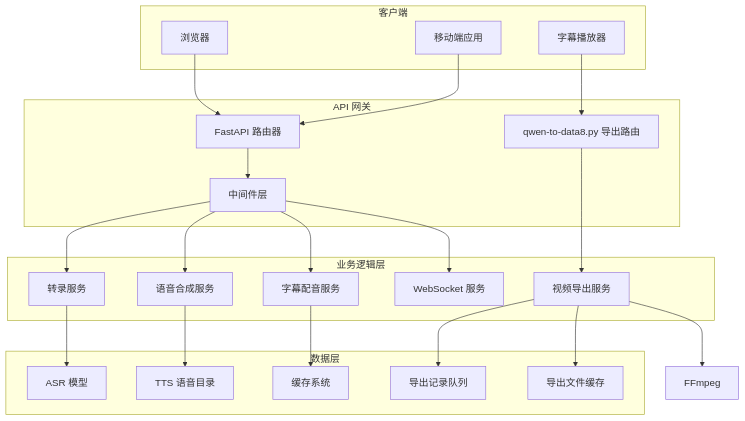
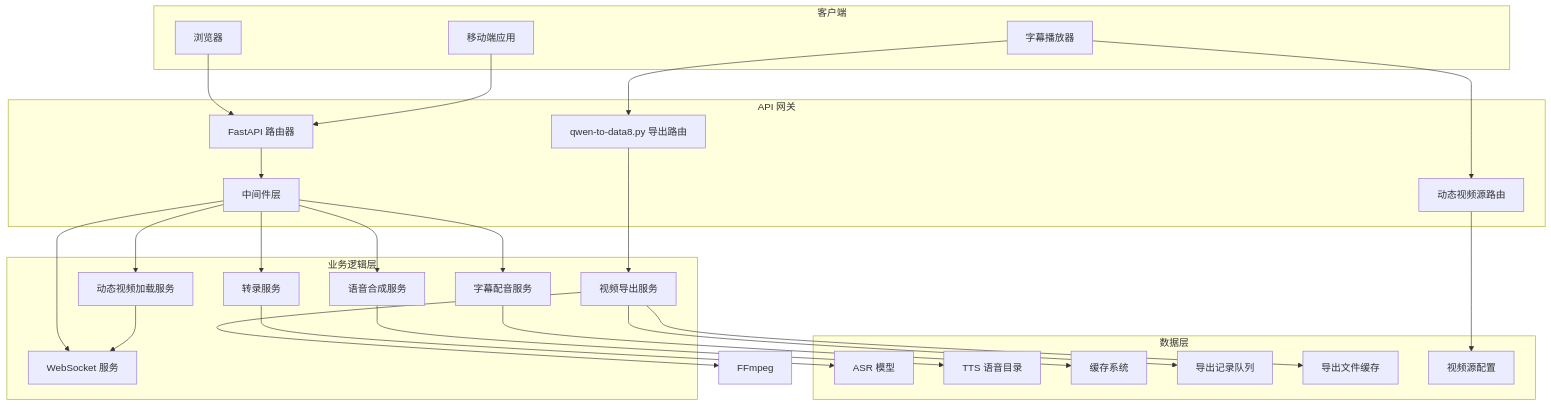
One commit to 1024dashen/Vue3Speech changed the second of 4 diagrams in .qoder/repowiki/zh/content/API接口参考/HTTP RESTful API端点.md. Above: the diagram before and after it, drawn with Mermaid. The commit also changed other lines of this file and 13 other files, not shown here.

````diff
--- a/.qoder/repowiki/zh/content/API接口参考/HTTP RESTful API端点.md
+++ b/.qoder/repowiki/zh/content/API接口参考/HTTP RESTful API端点.md
@@ -114,42 +125,49 @@
 ```mermaid
 graph TB
 subgraph "客户端"
 Browser[浏览器]
 Mobile[移动端应用]
 Player[字幕播放器]
 end
 subgraph "API 网关"
 Router[FastAPI 路由器]
 Middleware[中间件层]
 ExportRouter[qwen-to-data8.py 导出路由]
+DynamicVideoRouter[动态视频源路由]
 end
 subgraph "业务逻辑层"
 Transcribe[转录服务]
 TTS[语音合成服务]
 Voiceover[字幕配音服务]
 Export[视频导出服务]
 WebSocket[WebSocket 服务]
+DynamicVideo[动态视频加载服务]
 end
 subgraph "数据层"
 Model[ASR 模型]
 VoiceCatalog[TTS 语音目录]
 Cache[缓存系统]
 ExportRecords[导出记录队列]
 ExportCache[导出文件缓存]
+VideoSource[视频源配置]
 end
 Browser --> Router
 Mobile --> Router
 Player --> ExportRouter
+Player --> DynamicVideoRouter
 Router --> Middleware
 Middleware --> Transcribe
 Middleware --> TTS
 Middleware --> Voiceover
 Middleware --> WebSocket
+Middleware --> DynamicVideo
 ExportRouter --> Export
 Export --> ExportRecords
 Export --> ExportCache
 Export --> FFmpeg
+DynamicVideoRouter --> VideoSource
+DynamicVideo --> WebSocket
 Transcribe --> Model
 TTS --> VoiceCatalog
 Voiceover --> Cache
 ```
````
